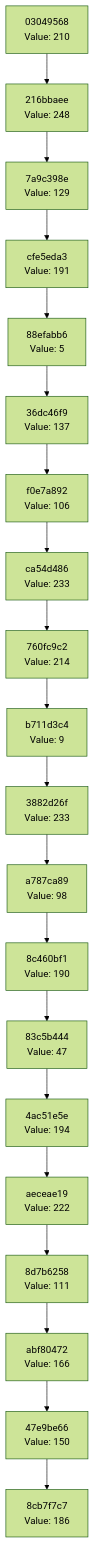
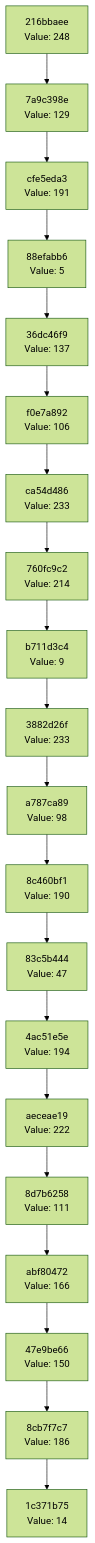
One commit to Abhisheksinha1506/hash-chain-evolver changed the diagram in docs/CHAIN_VISUALIZATION.md. Above: the diagram before and after it, drawn with Mermaid (forest theme). The commit also changed 3 other files, not shown here.

````diff
--- a/docs/CHAIN_VISUALIZATION.md
+++ b/docs/CHAIN_VISUALIZATION.md
@@ -3,42 +3,42 @@
 ```mermaid
 graph TD
-    C0["8cb7f7c7<br/>Value: 186"]
-    C1["47e9be66<br/>Value: 150"]
+    C0["1c371b75<br/>Value: 14"]
+    C1["8cb7f7c7<br/>Value: 186"]
     C1 --> C0
-    C2["abf80472<br/>Value: 166"]
+    C2["47e9be66<br/>Value: 150"]
     C2 --> C1
-    C3["8d7b6258<br/>Value: 111"]
+    C3["abf80472<br/>Value: 166"]
     C3 --> C2
-    C4["aeceae19<br/>Value: 222"]
+    C4["8d7b6258<br/>Value: 111"]
     C4 --> C3
-    C5["4ac51e5e<br/>Value: 194"]
+    C5["aeceae19<br/>Value: 222"]
     C5 --> C4
-    C6["83c5b444<br/>Value: 47"]
+    C6["4ac51e5e<br/>Value: 194"]
     C6 --> C5
-    C7["8c460bf1<br/>Value: 190"]
+    C7["83c5b444<br/>Value: 47"]
     C7 --> C6
-    C8["a787ca89<br/>Value: 98"]
+    C8["8c460bf1<br/>Value: 190"]
     C8 --> C7
-    C9["3882d26f<br/>Value: 233"]
+    C9["a787ca89<br/>Value: 98"]
     C9 --> C8
-    C10["b711d3c4<br/>Value: 9"]
+    C10["3882d26f<br/>Value: 233"]
     C10 --> C9
-    C11["760fc9c2<br/>Value: 214"]
+    C11["b711d3c4<br/>Value: 9"]
     C11 --> C10
-    C12["ca54d486<br/>Value: 233"]
+    C12["760fc9c2<br/>Value: 214"]
     C12 --> C11
-    C13["f0e7a892<br/>Value: 106"]
+    C13["ca54d486<br/>Value: 233"]
     C13 --> C12
-    C14["36dc46f9<br/>Value: 137"]
+    C14["f0e7a892<br/>Value: 106"]
     C14 --> C13
-    C15["88efabb6<br/>Value: 5"]
+    C15["36dc46f9<br/>Value: 137"]
     C15 --> C14
-    C16["cfe5eda3<br/>Value: 191"]
+    C16["88efabb6<br/>Value: 5"]
     C16 --> C15
-    C17["7a9c398e<br/>Value: 129"]
+    C17["cfe5eda3<br/>Value: 191"]
     C17 --> C16
-    C18["216bbaee<br/>Value: 248"]
+    C18["7a9c398e<br/>Value: 129"]
     C18 --> C17
-    C19["03049568<br/>Value: 210"]
+    C19["216bbaee<br/>Value: 248"]
     C19 --> C18
 ```
````
